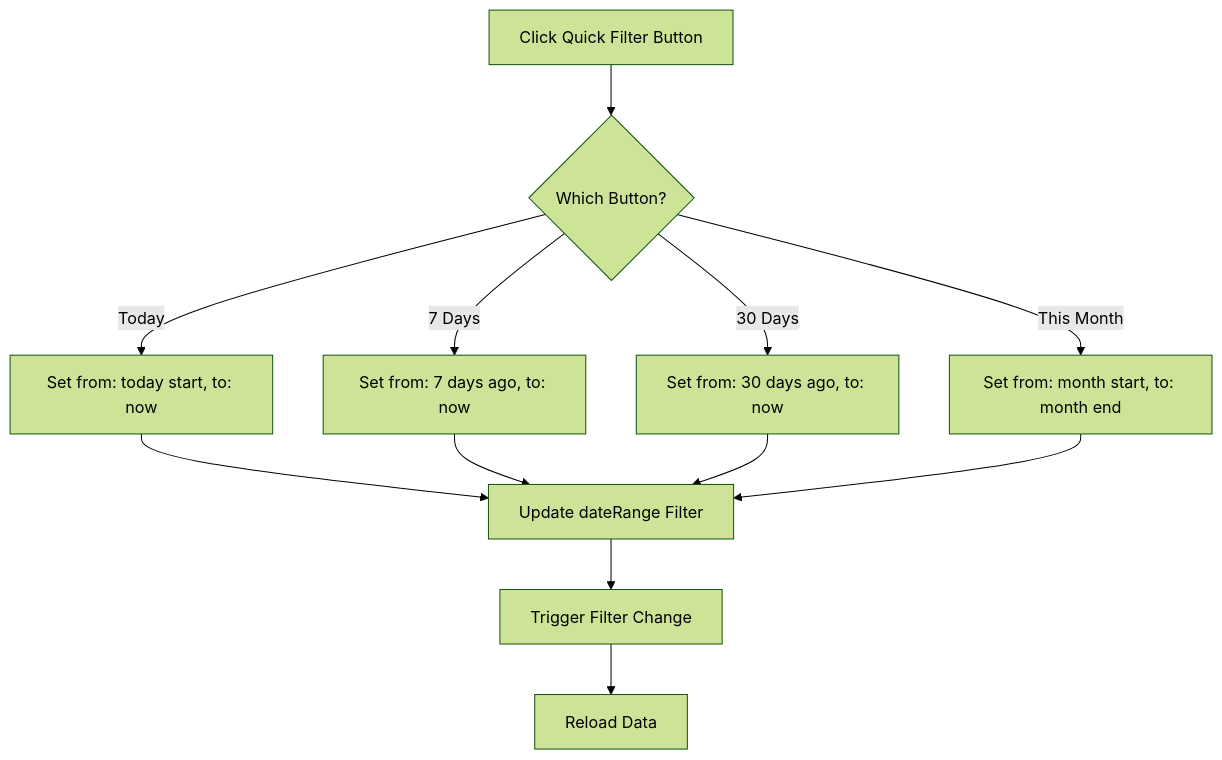
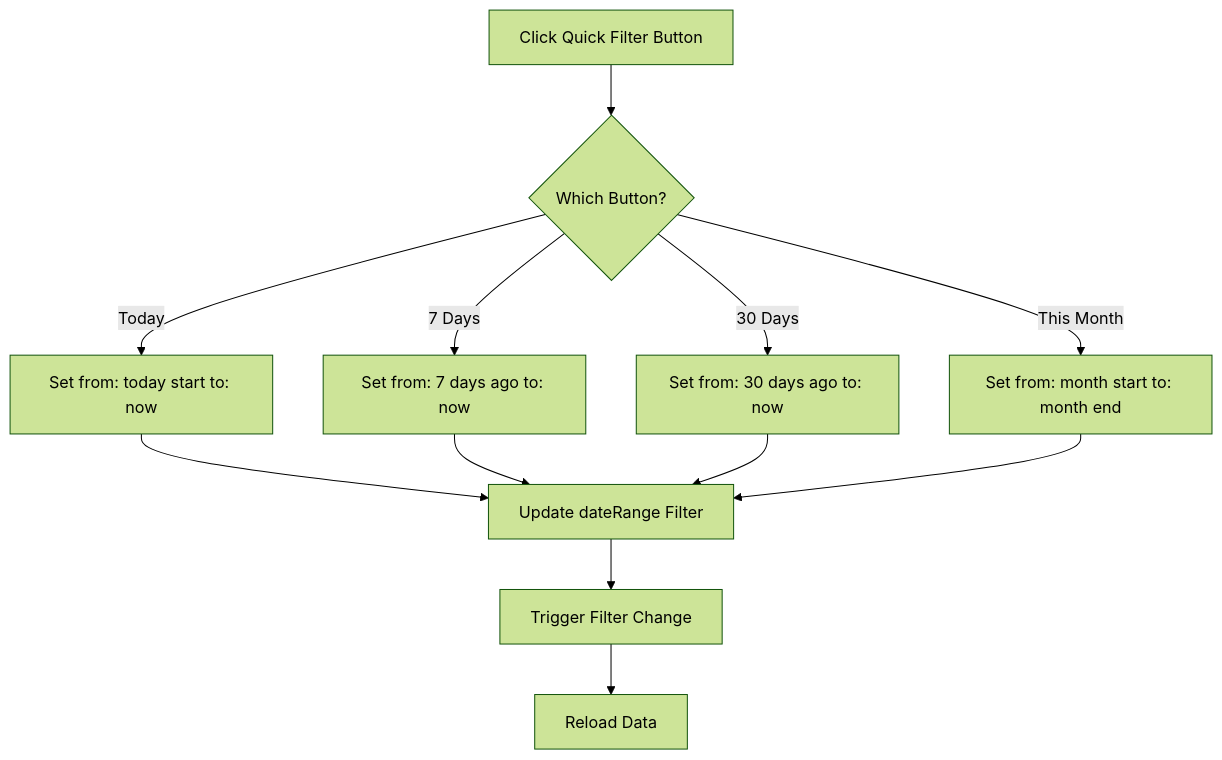
One commit to PeakMNA/carmen changed the tenth of 12 diagrams in docs/app/inventory-management/transactions/FD-inventory-transactions.md. Above: the diagram before and after it, drawn with Mermaid (forest theme). The commit also changed other lines of this file and 473 other files, not shown here.

````diff
--- a/docs/app/inventory-management/transactions/FD-inventory-transactions.md
+++ b/docs/app/inventory-management/transactions/FD-inventory-transactions.md
@@ -219,14 +239,14 @@
 ```mermaid
 flowchart TD
     A[Click Quick Filter Button] --> B{Which Button?}
-    B -->|Today| C[Set from: today start, to: now]
-    B -->|7 Days| D[Set from: 7 days ago, to: now]
-    B -->|30 Days| E[Set from: 30 days ago, to: now]
-    B -->|This Month| F[Set from: month start, to: month end]
+    B -->|Today| C[Set from: today start to: now]
+    B -->|7 Days| D[Set from: 7 days ago to: now]
+    B -->|30 Days| E[Set from: 30 days ago to: now]
+    B -->|This Month| F[Set from: month start to: month end]
     C --> G[Update dateRange Filter]
     D --> G
     E --> G
     F --> G
     G --> H[Trigger Filter Change]
     H --> I[Reload Data]
 ```
````
